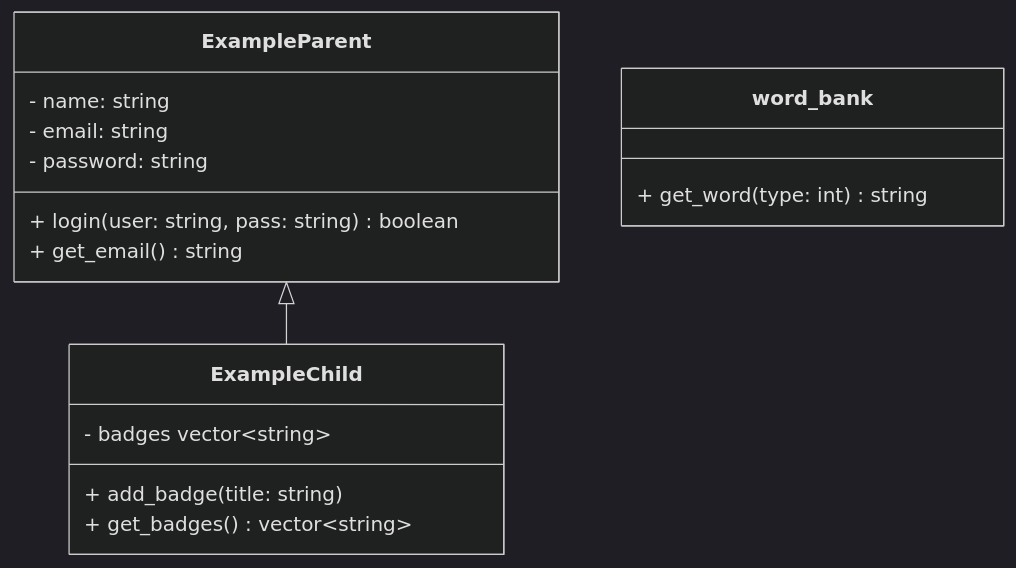
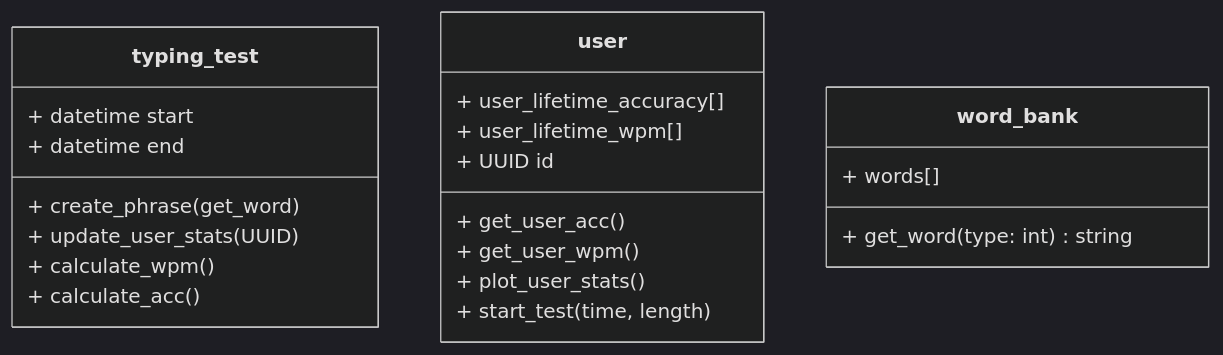
The diagram in README.md (j4sperneedshelp/tippitytappity-design), drawn with Mermaid (dark theme) before and after one commit.

````diff
--- a/README.md
+++ b/README.md
@@ -8,19 +8,24 @@
 ```mermaid
 classDiagram
-  ExampleParent <|-- ExampleChild
-  class ExampleParent{
-        - name: string
-        - email: string
-        - password: string
-        + login(user: string, pass: string) boolean
-        + get_email() string
+  class typing_test {
+        + create_phrase(get_word)
+        + datetime start
+        + datetime end
+        + update_user_stats(UUID)
+        + calculate_wpm()
+        + calculate_acc()
   }
-  class ExampleChild{
-        - badges vector~string~
-        + add_badge(title: string)
-        + get_badges() vector~string~
+  class user {
+        + get_user_acc()
+        + get_user_wpm()
+        + user_lifetime_accuracy[]
+        + user_lifetime_wpm[]
+        + plot_user_stats()
+        + UUID id
+        + start_test(time, length)
   }
   class word_bank{
         + get_word(type: int) string
+        + words[]
   }
 ```
````
